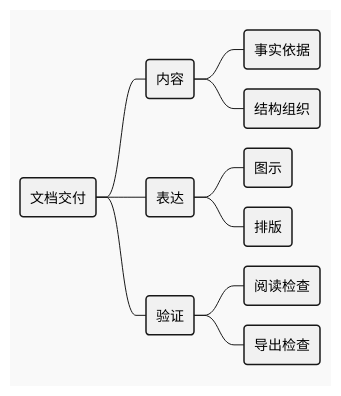
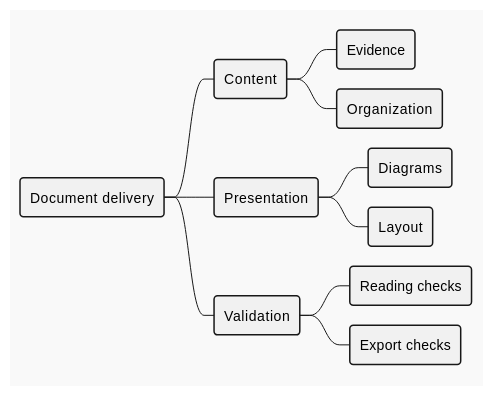
Before and after one commit to def-peter/fuxian: the first of 2 diagrams in skills/fuxian-diagram/references/plantuml/mindmap-wbs.md, drawn with PlantUML. The commit also changed other lines of this file and 43 other files, not shown here.

Commit message:
feat(skills): internationalize diagram guides and expand type selection

````diff
--- a/skills/fuxian-diagram/references/plantuml/mindmap-wbs.md
+++ b/skills/fuxian-diagram/references/plantuml/mindmap-wbs.md
@@ -7,15 +7,15 @@
 ```plantuml
 @startmindmap
 !theme mars
-* 文档交付
-** 内容
-*** 事实依据
-*** 结构组织
-** 表达
-*** 图示
-*** 排版
-** 验证
-*** 阅读检查
-*** 导出检查
+* Document delivery
+** Content
+*** Evidence
+*** Organization
+** Presentation
+*** Diagrams
+*** Layout
+** Validation
+*** Reading checks
+*** Export checks
 @endmindmap
 ```
````
